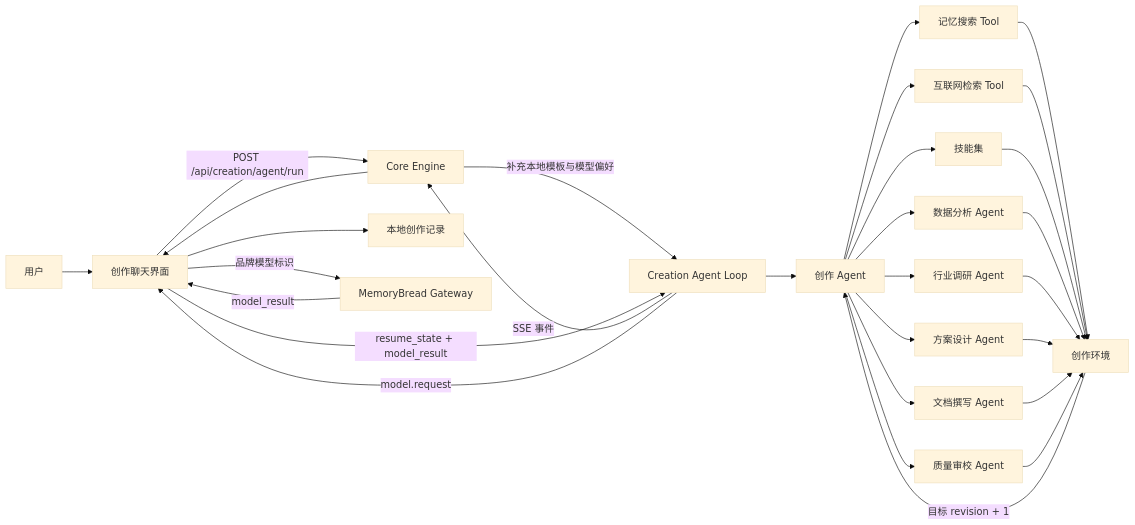
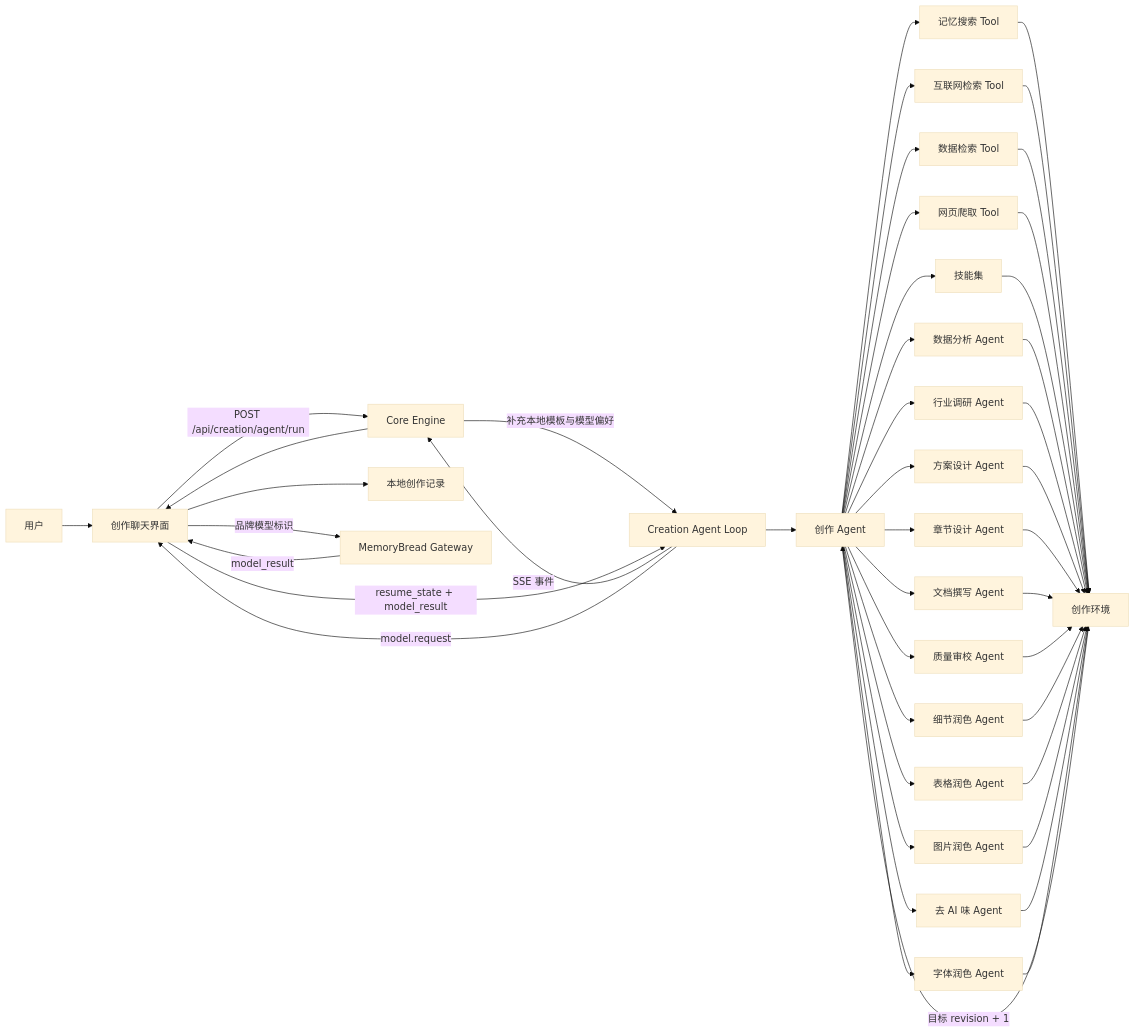
The first of 2 diagrams in doc/创作功能Agent架构设计方案.md (xiaoyao5137/MemoryBread), drawn with Mermaid (base theme) before and after one commit. The commit also changed other lines of this file and 112 other files, not shown here.

````diff
--- a/doc/创作功能Agent架构设计方案.md
+++ b/doc/创作功能Agent架构设计方案.md
@@ -46,36 +47,52 @@
 ```mermaid
 flowchart LR
     U["用户"] --> UI["创作聊天界面"]
     UI -->|POST /api/creation/agent/run| CORE["Core Engine"]
     CORE -->|补充本地模板与模型偏好| LOOP["Creation Agent Loop"]
 
     LOOP --> MAIN["创作 Agent"]
     MAIN --> DATA["数据分析 Agent"]
     MAIN --> RESEARCH["行业调研 Agent"]
     MAIN --> DESIGN["方案设计 Agent"]
+    MAIN --> CHAPTER["章节设计 Agent"]
     MAIN --> WRITER["文档撰写 Agent"]
     MAIN --> REVIEW["质量审校 Agent"]
+    MAIN --> DETAIL["细节润色 Agent"]
+    MAIN --> TABLE["表格润色 Agent"]
+    MAIN --> IMAGE["图片润色 Agent"]
+    MAIN --> NATURAL["去 AI 味 Agent"]
+    MAIN --> TYPE["字体润色 Agent"]
 
     MAIN --> MEMORY["记忆搜索 Tool"]
     MAIN --> WEB["互联网检索 Tool"]
+    MAIN --> DATASEARCH["数据检索 Tool"]
+    MAIN --> SCRAPE["网页爬取 Tool"]
     MAIN --> SKILLS["技能集"]
 
     MEMORY --> ENV["创作环境"]
     WEB --> ENV
+    DATASEARCH --> ENV
+    SCRAPE --> ENV
     SKILLS --> ENV
     DATA --> ENV
     RESEARCH --> ENV
     DESIGN --> ENV
+    CHAPTER --> ENV
     WRITER --> ENV
     REVIEW --> ENV
+    DETAIL --> ENV
+    TABLE --> ENV
+    IMAGE --> ENV
+    NATURAL --> ENV
+    TYPE --> ENV
     ENV -->|目标 revision + 1| MAIN
 
     LOOP -->|SSE 事件| CORE
     CORE --> UI
     UI --> HISTORY["本地创作记录"]
 
     LOOP -->|model.request| UI
     UI -->|品牌模型标识| GATEWAY["MemoryBread Gateway"]
     GATEWAY -->|model_result| UI
     UI -->|resume_state + model_result| LOOP
 ```
````
